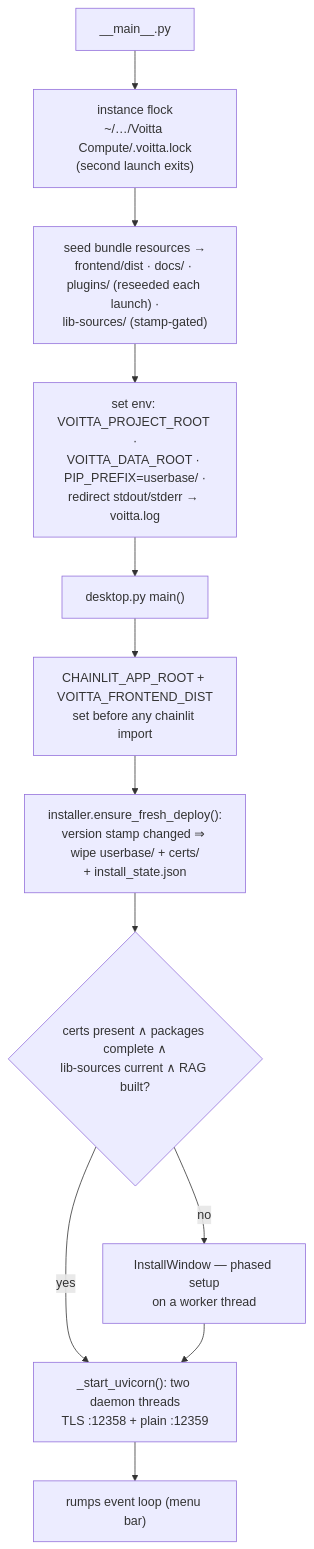
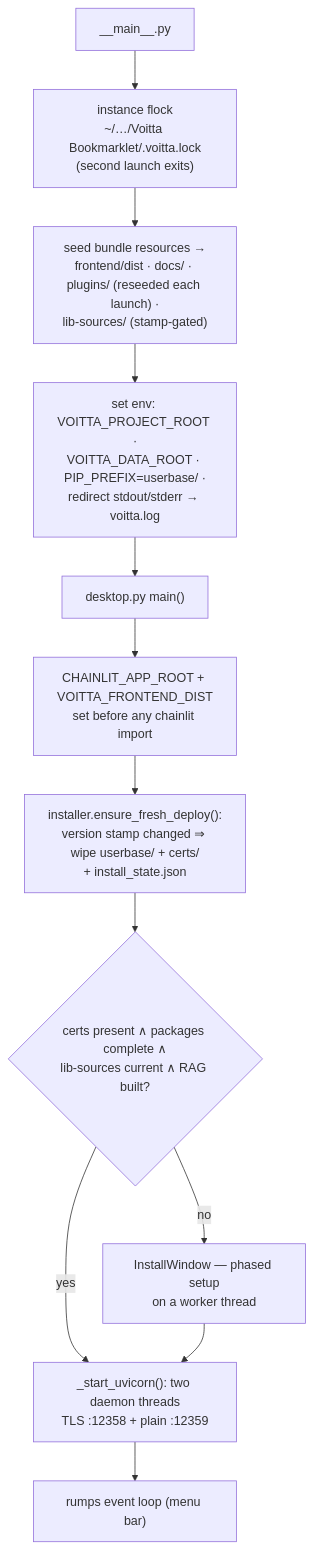
One commit to voitta-ai/voitta-bookmarklet changed the second of 10 diagrams in OPERATIONS.md. Above: the diagram before and after it, drawn with Mermaid. The commit also changed other lines of this file and 50 other files, not shown here.

````diff
--- a/OPERATIONS.md
+++ b/OPERATIONS.md
@@ -136,14 +136,14 @@
 ```mermaid
 flowchart TB
-    M["__main__.py"] --> LOCK["instance flock<br/>~/…/Voitta Compute/.voitta.lock<br/>(second launch exits)"]
+    M["__main__.py"] --> LOCK["instance flock<br/>~/…/Voitta Bookmarklet/.voitta.lock<br/>(second launch exits)"]
     LOCK --> SEED["seed bundle resources →<br/>frontend/dist · docs/ · plugins/ (reseeded each launch) ·<br/>lib-sources/ (stamp-gated)"]
     SEED --> ENV["set env: VOITTA_PROJECT_ROOT ·<br/>VOITTA_DATA_ROOT · PIP_PREFIX=userbase/ ·<br/>redirect stdout/stderr → voitta.log"]
     ENV --> DESK["desktop.py main()"]
     DESK --> CAR["CHAINLIT_APP_ROOT + VOITTA_FRONTEND_DIST<br/>set before any chainlit import"]
     CAR --> FRESH["installer.ensure_fresh_deploy():<br/>version stamp changed ⇒ wipe userbase/ + certs/<br/>+ install_state.json"]
     FRESH --> NEED{"certs present ∧ packages complete ∧<br/>lib-sources current ∧ RAG built?"}
     NEED -->|no| WIN["InstallWindow — phased setup<br/>on a worker thread"]
     NEED -->|yes| UV["_start_uvicorn(): two daemon threads<br/>TLS :12358 + plain :12359"]
     WIN --> UV
     UV --> RUMPS["rumps event loop (menu bar)"]
 ```
````
